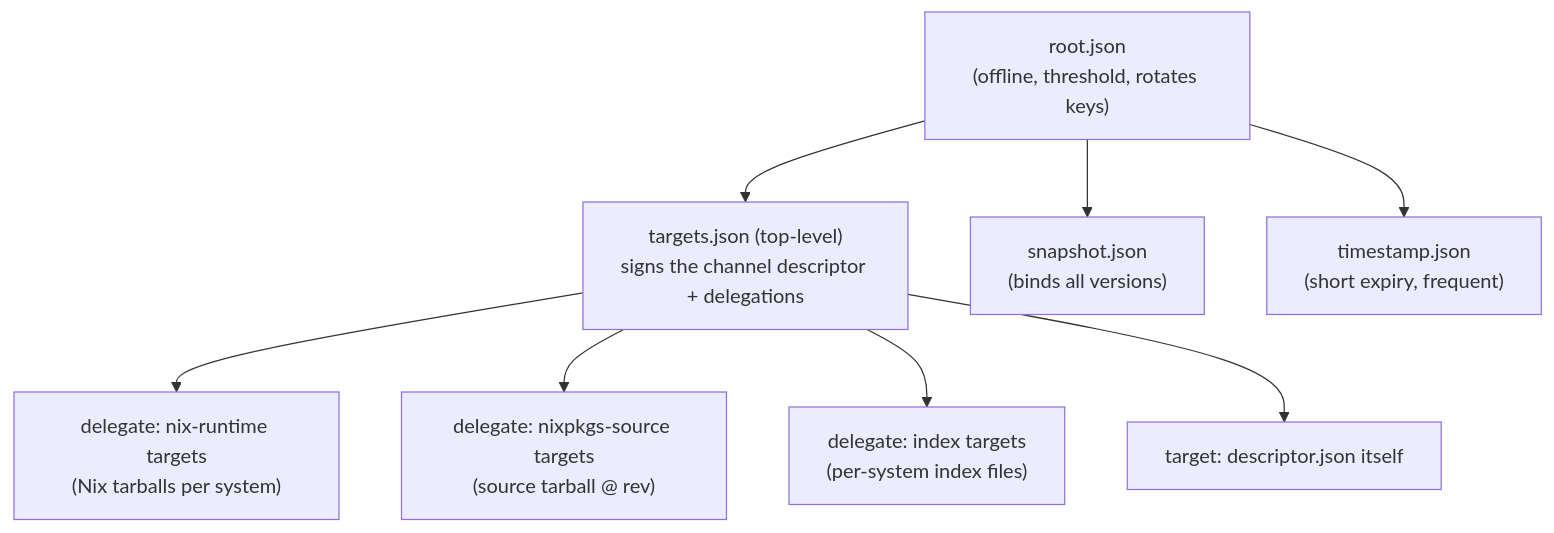
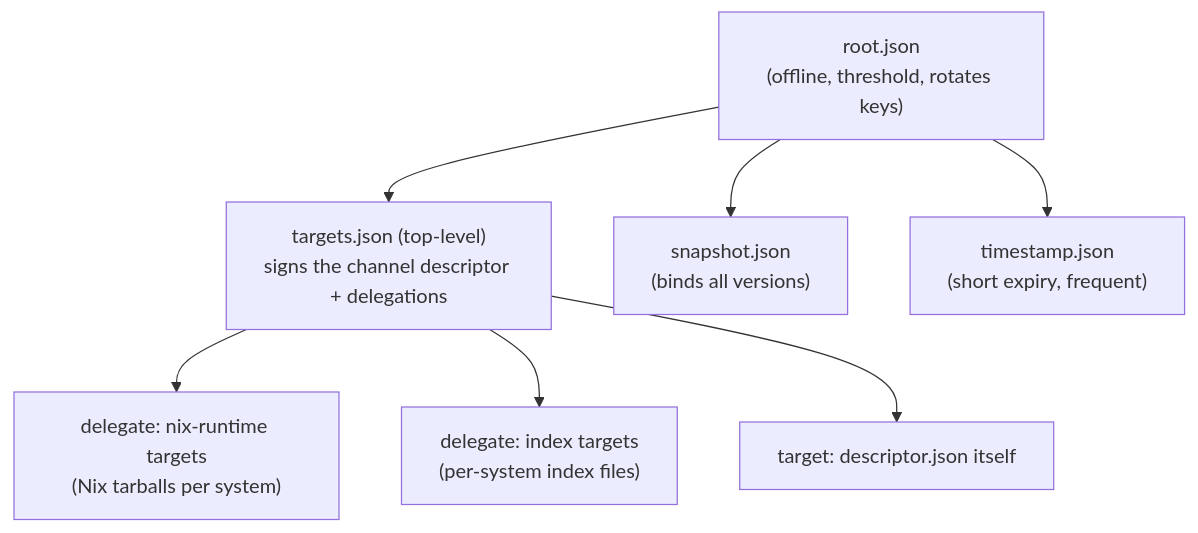
One commit to spa5k/pkg changed the first of 4 diagrams in plans/02-trust-and-update-model.md. Above: the diagram before and after it, drawn with Mermaid. The commit also changed other lines of this file and 17 other files, not shown here.

Commit message:
docs: finalize managed Nix v1 architecture

````diff
--- a/plans/02-trust-and-update-model.md
+++ b/plans/02-trust-and-update-model.md
@@ -66,11 +66,10 @@
 ```mermaid
 flowchart TD
   Root["root.json<br/>(offline, threshold, rotates keys)"]
   Root --> TargetsRoot["targets.json (top-level)<br/>signs the channel descriptor + delegations"]
   Root --> Snapshot["snapshot.json<br/>(binds all versions)"]
   Root --> Timestamp["timestamp.json<br/>(short expiry, frequent)"]
   TargetsRoot --> D1["delegate: nix-runtime targets<br/>(Nix tarballs per system)"]
-  TargetsRoot --> D2["delegate: nixpkgs-source targets<br/>(source tarball @ rev)"]
-  TargetsRoot --> D3["delegate: index targets<br/>(per-system index files)"]
-  TargetsRoot --> D4["target: descriptor.json itself"]
+  TargetsRoot --> D2["delegate: index targets<br/>(per-system index files)"]
+  TargetsRoot --> D3["target: descriptor.json itself"]
 ```
````
